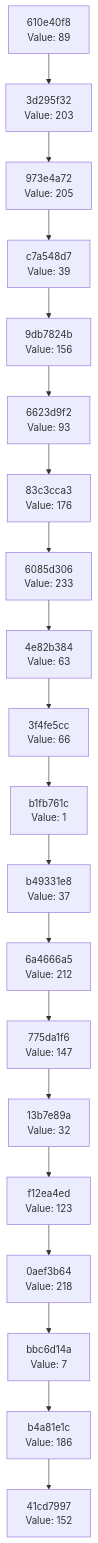
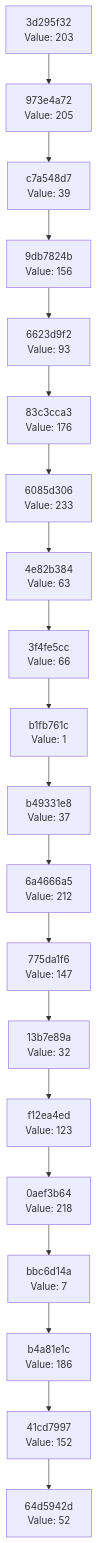
Before and after one commit to Abhisheksinha1506/hash-chain-evolver: the diagram in docs/CHAIN_VISUALIZATION.md, drawn with Mermaid. The commit also changed 2 other files, not shown here.

Commit message:
Evolution step: hash 0x34 → action executed

````diff
--- a/docs/CHAIN_VISUALIZATION.md
+++ b/docs/CHAIN_VISUALIZATION.md
@@ -3,42 +3,42 @@
 ```mermaid
 graph TD
-    C0["41cd7997<br/>Value: 152"]
-    C1["b4a81e1c<br/>Value: 186"]
+    C0["64d5942d<br/>Value: 52"]
+    C1["41cd7997<br/>Value: 152"]
     C1 --> C0
-    C2["bbc6d14a<br/>Value: 7"]
+    C2["b4a81e1c<br/>Value: 186"]
     C2 --> C1
-    C3["0aef3b64<br/>Value: 218"]
+    C3["bbc6d14a<br/>Value: 7"]
     C3 --> C2
-    C4["f12ea4ed<br/>Value: 123"]
+    C4["0aef3b64<br/>Value: 218"]
     C4 --> C3
-    C5["13b7e89a<br/>Value: 32"]
+    C5["f12ea4ed<br/>Value: 123"]
     C5 --> C4
-    C6["775da1f6<br/>Value: 147"]
+    C6["13b7e89a<br/>Value: 32"]
     C6 --> C5
-    C7["6a4666a5<br/>Value: 212"]
+    C7["775da1f6<br/>Value: 147"]
     C7 --> C6
-    C8["b49331e8<br/>Value: 37"]
+    C8["6a4666a5<br/>Value: 212"]
     C8 --> C7
-    C9["b1fb761c<br/>Value: 1"]
+    C9["b49331e8<br/>Value: 37"]
     C9 --> C8
-    C10["3f4fe5cc<br/>Value: 66"]
+    C10["b1fb761c<br/>Value: 1"]
     C10 --> C9
-    C11["4e82b384<br/>Value: 63"]
+    C11["3f4fe5cc<br/>Value: 66"]
     C11 --> C10
-    C12["6085d306<br/>Value: 233"]
+    C12["4e82b384<br/>Value: 63"]
     C12 --> C11
-    C13["83c3cca3<br/>Value: 176"]
+    C13["6085d306<br/>Value: 233"]
     C13 --> C12
-    C14["6623d9f2<br/>Value: 93"]
+    C14["83c3cca3<br/>Value: 176"]
     C14 --> C13
-    C15["9db7824b<br/>Value: 156"]
+    C15["6623d9f2<br/>Value: 93"]
     C15 --> C14
-    C16["c7a548d7<br/>Value: 39"]
+    C16["9db7824b<br/>Value: 156"]
     C16 --> C15
-    C17["973e4a72<br/>Value: 205"]
+    C17["c7a548d7<br/>Value: 39"]
     C17 --> C16
-    C18["3d295f32<br/>Value: 203"]
+    C18["973e4a72<br/>Value: 205"]
     C18 --> C17
-    C19["610e40f8<br/>Value: 89"]
+    C19["3d295f32<br/>Value: 203"]
     C19 --> C18
 ```
````
